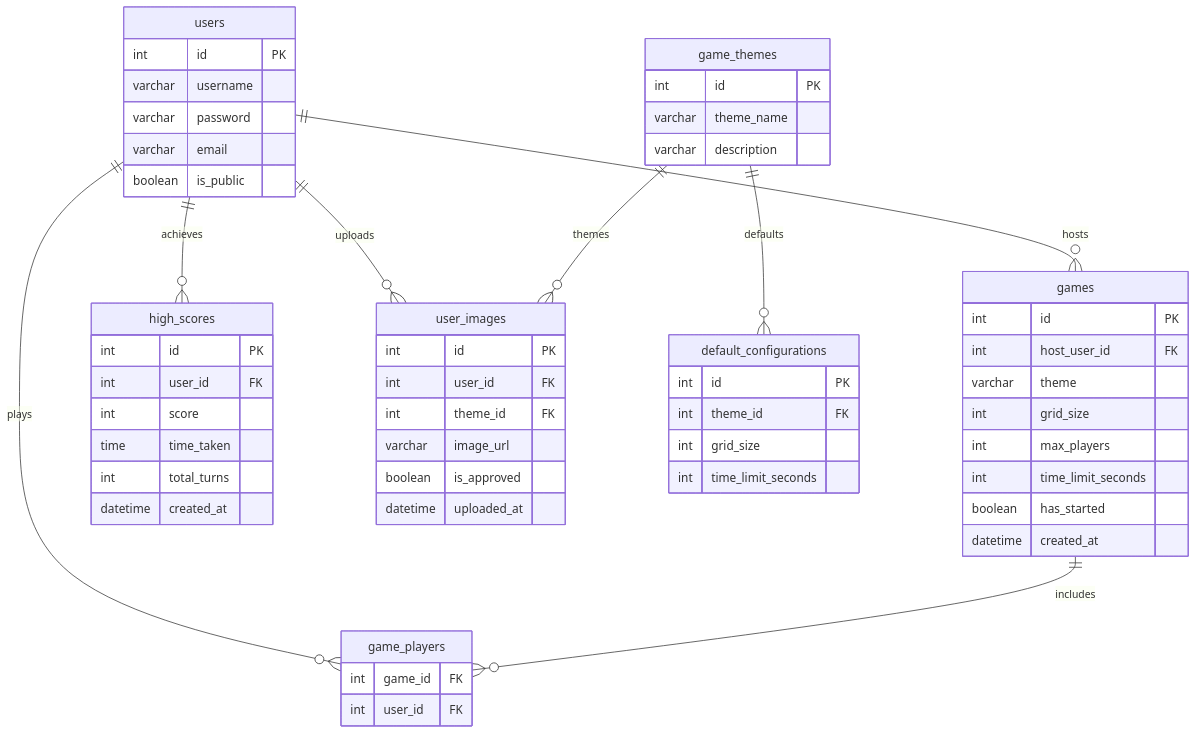
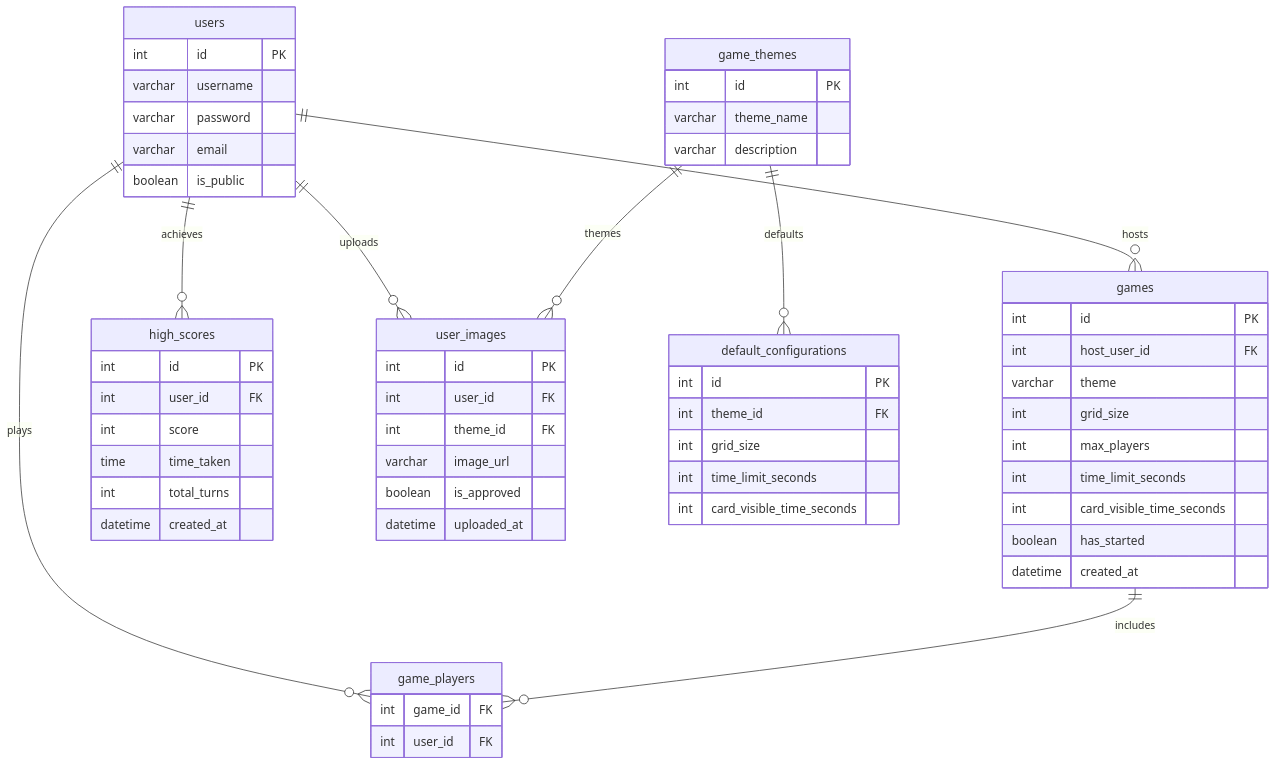
Before and after one commit to developer239/pexeso: the diagram in docs/DB_SCHEMA.md, drawn with Mermaid.

Commit message:
docs: add card visible time in seconds

````diff
--- a/docs/DB_SCHEMA.md
+++ b/docs/DB_SCHEMA.md
@@ -3,66 +3,68 @@
 ```mermaid
 erDiagram
 
     users {
         int id PK 
         varchar username 
         varchar password 
         varchar email 
         boolean is_public
     }
 
     games {
         int id PK
         int host_user_id FK
         varchar theme 
         int grid_size 
         int max_players
         int time_limit_seconds
+        int card_visible_time_seconds
         boolean has_started
         datetime created_at
     }
 
     high_scores {
         int id PK
         int user_id FK 
         int score 
         time time_taken
         int total_turns
         datetime created_at
     }
 
     user_images {
         int id PK
         int user_id FK
         int theme_id FK
         varchar image_url 
         boolean is_approved
         datetime uploaded_at
     }
 
     game_themes {
         int id PK
         varchar theme_name
         varchar description
     }
 
     default_configurations {
         int id PK
         int theme_id FK
         int grid_size 
         int time_limit_seconds
+        int card_visible_time_seconds
     }
 
     game_players {
         int game_id FK
         int user_id FK
     }
 
     users ||--o{ games : "hosts"
     users ||--o{ high_scores : "achieves"
     users ||--o{ user_images : "uploads"
     users ||--o{ game_players : "plays"
     games ||--o{ game_players : "includes"
     game_themes ||--o{ default_configurations : "defaults"
     game_themes ||--o{ user_images : "themes"
 ```
````
